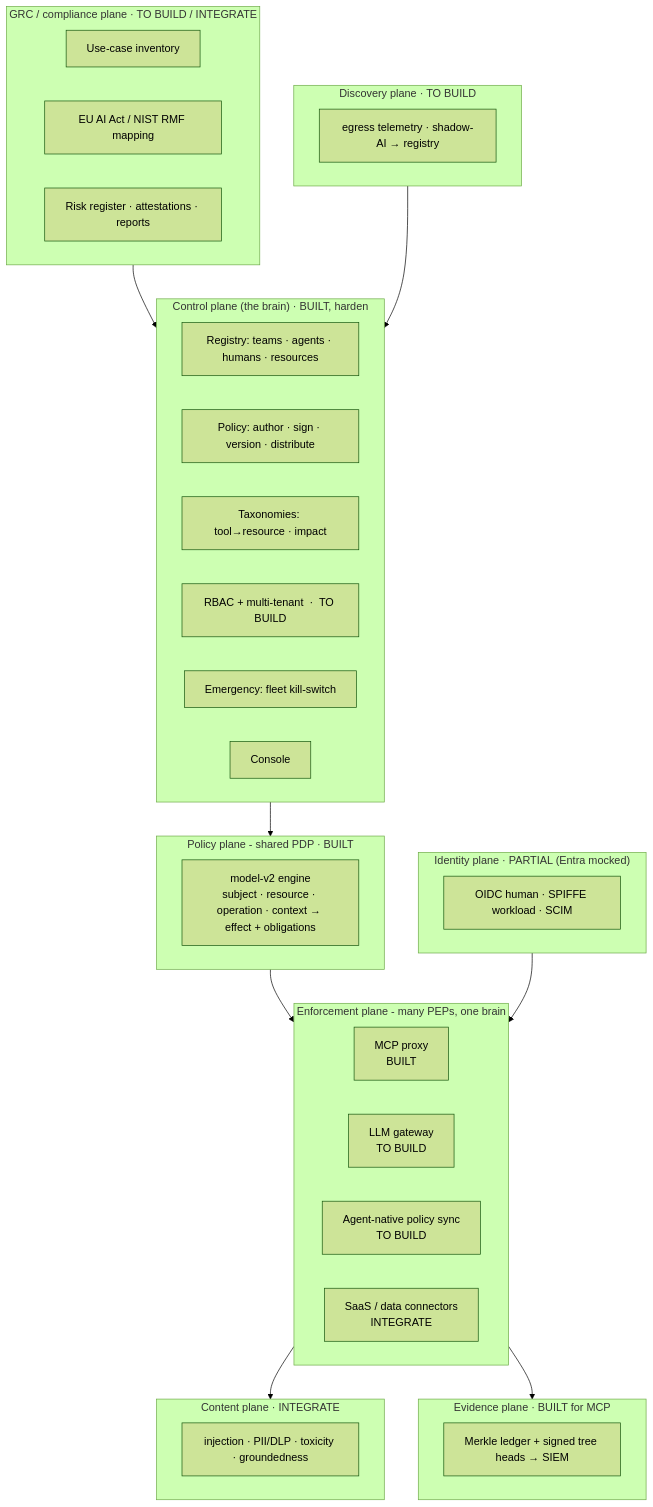
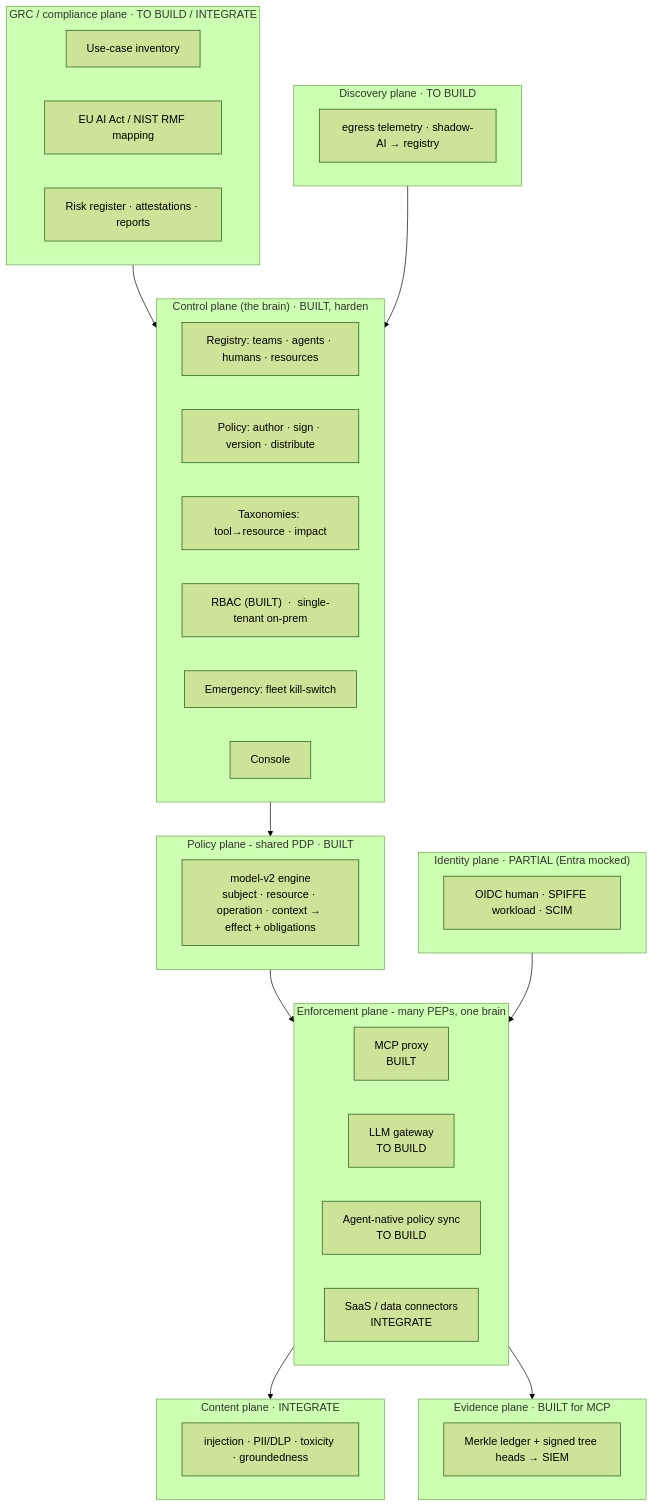
Before and after one commit to kytelang/acp: the second of 4 diagrams in docs/design/platform-architecture.md, drawn with Mermaid (forest theme). The commit also changed 2 other files, not shown here.

Commit message:
docs: drop multi-tenancy (B2) - ACP is on-prem single-org, not SaaS
DECISION 2026-09-19: ACP is an on-prem service for a single organisation, so tenant isolation is
unnecessary. A single shared control plane (one policy set, one evidence ledger, one key set) is
correct; the display-only Team grouping already organises agents. B2 removed from the build plan;
its design retained as reference only in case ACP is ever offered as a hosted multi-org service.
Phase B for the on-prem model is now effectively complete (verified identity both planes, RBAC with
separation of duty, SIEM export); only optional B3 (SPIFFE/SCIM) and the real-Entra cutover remain,
both best done against the real environment.

````diff
--- a/docs/design/platform-architecture.md
+++ b/docs/design/platform-architecture.md
@@ -48,52 +48,52 @@
 ```mermaid
 flowchart TB
   subgraph GRCP["GRC / compliance plane  ·  TO BUILD / INTEGRATE"]
     G1["Use-case inventory"]
     G2["EU AI Act / NIST RMF mapping"]
     G3["Risk register · attestations · reports"]
   end
 
   subgraph CTRL["Control plane (the brain)  ·  BUILT, harden"]
     R["Registry: teams · agents · humans · resources"]
     POL["Policy: author · sign · version · distribute"]
     TAX["Taxonomies: tool→resource · impact"]
-    RBAC["RBAC + multi-tenant  ·  TO BUILD"]
+    RBAC["RBAC (BUILT)  ·  single-tenant on-prem"]
     KILL["Emergency: fleet kill-switch"]
     CON["Console"]
   end
 
   subgraph PDP["Policy plane - shared PDP  ·  BUILT"]
     ENG["model-v2 engine<br/>subject · resource · operation · context → effect + obligations"]
   end
 
   subgraph ENF["Enforcement plane - many PEPs, one brain"]
     P1["MCP proxy<br/>BUILT"]
     P2["LLM gateway<br/>TO BUILD"]
     P3["Agent-native policy sync<br/>TO BUILD"]
     P4["SaaS / data connectors<br/>INTEGRATE"]
   end
 
   subgraph CONT["Content plane  ·  INTEGRATE"]
     C1["injection · PII/DLP · toxicity · groundedness"]
   end
 
   subgraph IDN["Identity plane  ·  PARTIAL (Entra mocked)"]
     I1["OIDC human · SPIFFE workload · SCIM"]
   end
 
   subgraph EVD["Evidence plane  ·  BUILT for MCP"]
     E1["Merkle ledger + signed tree heads → SIEM"]
   end
 
   subgraph DIS["Discovery plane  ·  TO BUILD"]
     D1["egress telemetry · shadow-AI → registry"]
   end
 
   GRCP --> CTRL
   CTRL --> PDP
   PDP --> ENF
   ENF --> CONT
   IDN --> ENF
   ENF --> EVD
   DIS --> CTRL
 ```
````
